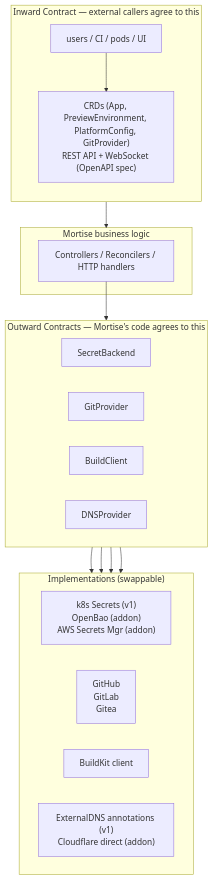
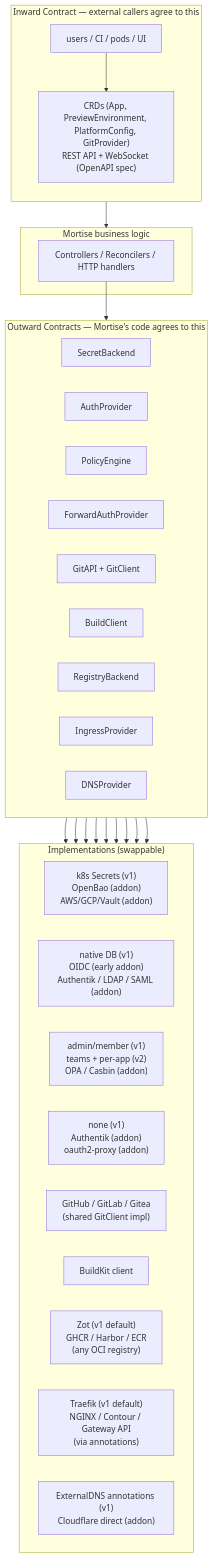
One commit to mortise-org/mortise changed the third of 5 diagrams in ARCHITECTURE.md. Above: the diagram before and after it, drawn with Mermaid. The commit also changed other lines of this file and 1 other file, not shown here.

Commit message:
Spec/architecture updates

````diff
--- a/ARCHITECTURE.md
+++ b/ARCHITECTURE.md
@@ -174,38 +195,53 @@
 ```mermaid
 flowchart TB
     subgraph Inward["Inward Contract — external callers agree to this"]
         direction TB
         Callers["users / CI / pods / UI"]
         Public["CRDs (App, PreviewEnvironment, PlatformConfig, GitProvider)<br/>REST API + WebSocket (OpenAPI spec)"]
         Callers --> Public
     end
 
     Public --> Business
 
     subgraph Business["Mortise business logic"]
         Ctrl["Controllers / Reconcilers / HTTP handlers"]
     end
 
     Ctrl --> Outward
 
     subgraph Outward["Outward Contracts — Mortise's code agrees to this"]
         direction LR
         SB["SecretBackend"]
-        GP["GitProvider"]
+        AU["AuthProvider"]
+        PE["PolicyEngine"]
+        FA["ForwardAuthProvider"]
+        GA["GitAPI + GitClient"]
         BC["BuildClient"]
+        RB["RegistryBackend"]
+        IP["IngressProvider"]
         DP["DNSProvider"]
     end
 
     subgraph Impls["Implementations (swappable)"]
         direction LR
-        SBImpl["k8s Secrets (v1)<br/>OpenBao (addon)<br/>AWS Secrets Mgr (addon)"]
-        GPImpl["GitHub<br/>GitLab<br/>Gitea"]
+        SBImpl["k8s Secrets (v1)<br/>OpenBao (addon)<br/>AWS/GCP/Vault (addon)"]
+        AUImpl["native DB (v1)<br/>OIDC (early addon)<br/>Authentik / LDAP / SAML (addon)"]
+        PEImpl["admin/member (v1)<br/>teams + per-app (v2)<br/>OPA / Casbin (addon)"]
+        FAImpl["none (v1)<br/>Authentik (addon)<br/>oauth2-proxy (addon)"]
+        GAImpl["GitHub / GitLab / Gitea<br/>(shared GitClient impl)"]
         BCImpl["BuildKit client"]
+        RBImpl["Zot (v1 default)<br/>GHCR / Harbor / ECR<br/>(any OCI registry)"]
+        IPImpl["Traefik (v1 default)<br/>NGINX / Contour / Gateway API<br/>(via annotations)"]
         DPImpl["ExternalDNS annotations (v1)<br/>Cloudflare direct (addon)"]
     end
 
     SB --> SBImpl
-    GP --> GPImpl
+    AU --> AUImpl
+    PE --> PEImpl
+    FA --> FAImpl
+    GA --> GAImpl
     BC --> BCImpl
+    RB --> RBImpl
+    IP --> IPImpl
     DP --> DPImpl
 ```
````
